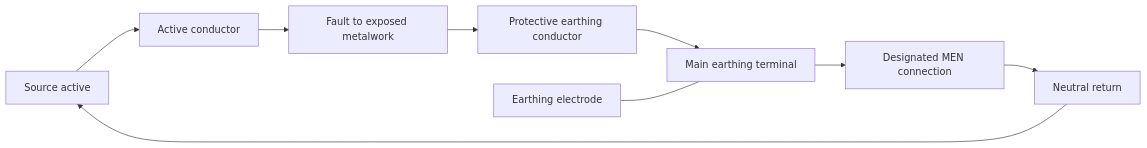
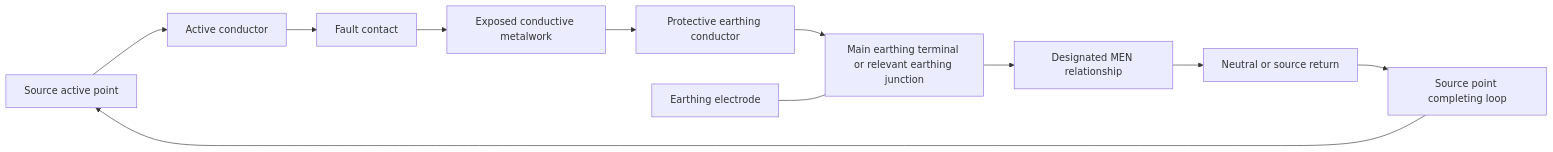
One commit to andrew3stedall/capstone changed the second of 3 diagrams in docs/learning-plans/4-week/modules/day-06b-men-fault-current-path.md. Above: the diagram before and after it, drawn with Mermaid. The commit also changed other lines of this file, not shown here.

Commit message:
Improve Day 6B MEN fault-current reasoning

````diff
--- a/docs/learning-plans/4-week/modules/day-06b-men-fault-current-path.md
+++ b/docs/learning-plans/4-week/modules/day-06b-men-fault-current-path.md
@@ -150,11 +241,13 @@
 ```mermaid
 flowchart LR
-    S["Source active"] --> AC["Active conductor"]
-    AC --> F["Fault to exposed metalwork"]
-    F --> PE["Protective earthing conductor"]
-    PE --> MET["Main earthing terminal"]
-    MET --> MEN["Designated MEN connection"]
-    MEN --> N["Neutral return"]
-    N --> S
+    SA["Source active point"] --> A["Active conductor"]
+    A --> F["Fault contact"]
+    F --> M["Exposed conductive metalwork"]
+    M --> PE["Protective earthing conductor"]
+    PE --> MET["Main earthing terminal or relevant earthing junction"]
+    MET --> MEN["Designated MEN relationship"]
+    MEN --> N["Neutral or source return"]
+    N --> SP["Source point completing loop"]
+    SP --> SA
     EE["Earthing electrode"] --- MET
 ```
````
